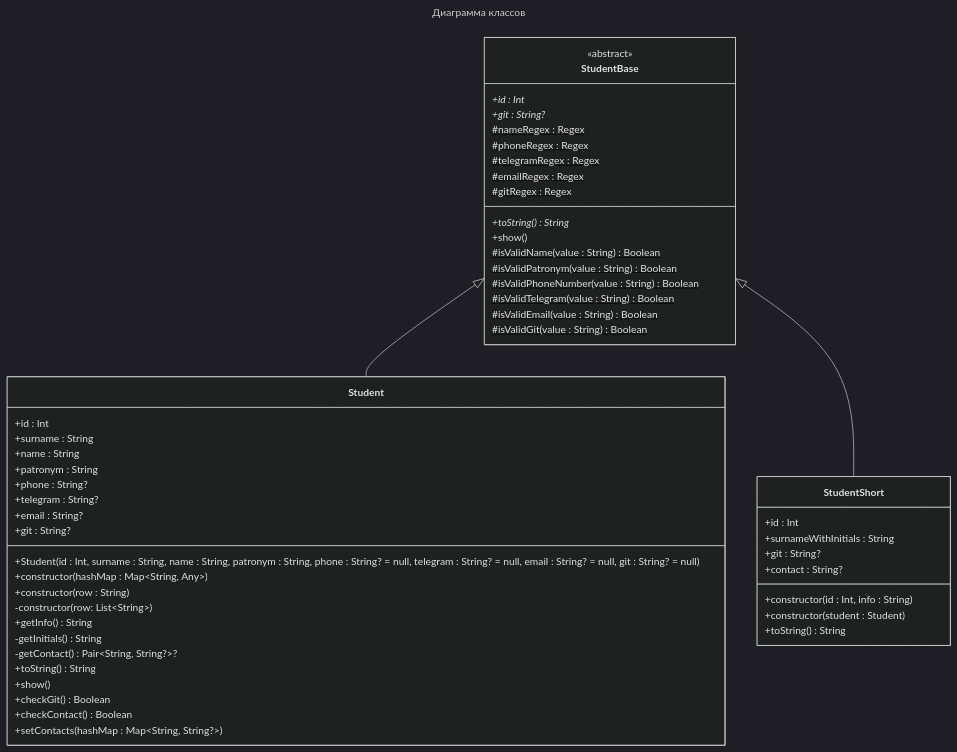
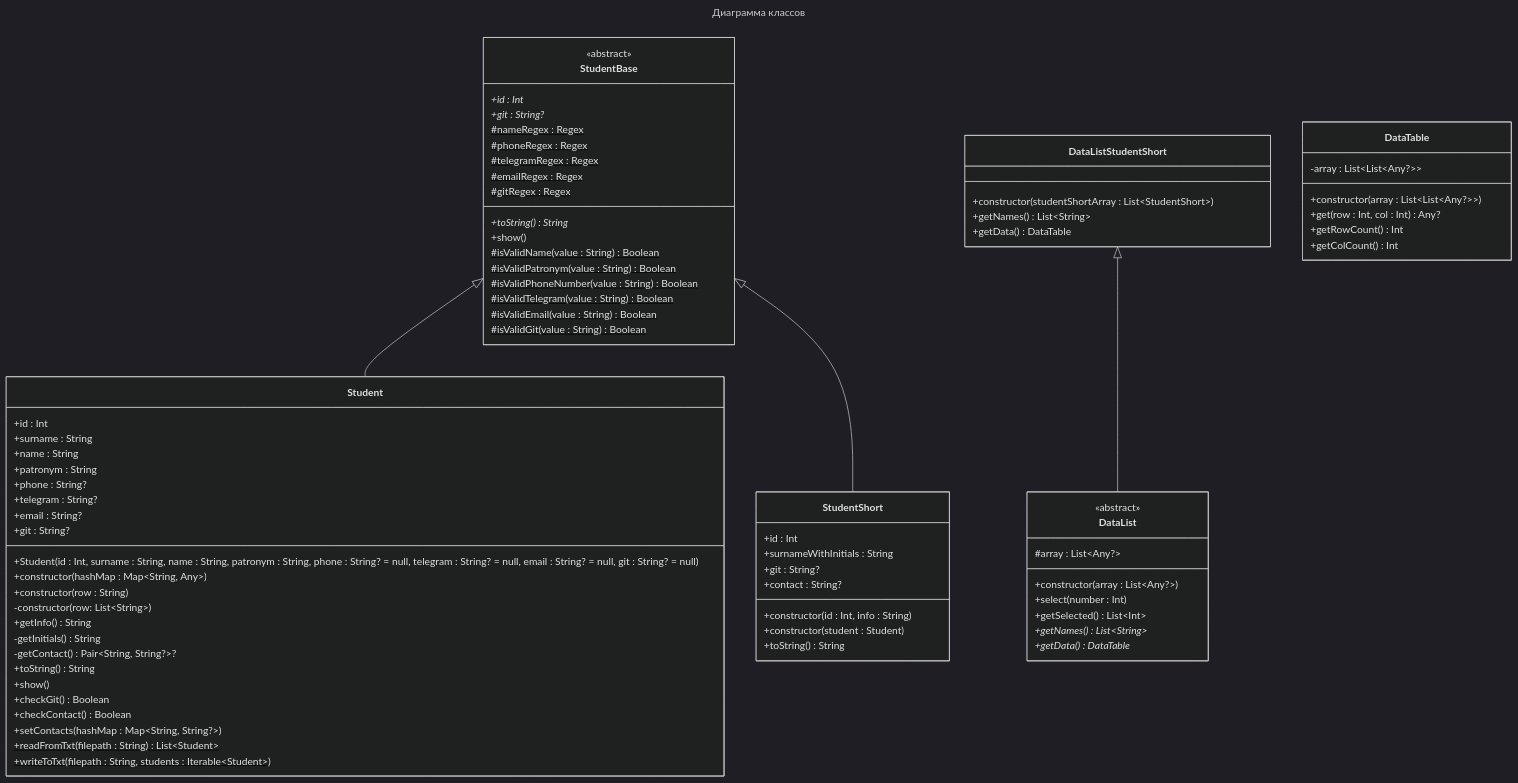
The diagram in README.md (ARTEZON/Patterns), drawn with Mermaid (dark theme) before and after one commit.

Commit message:
[Lab2-Part2-Task9] Отмечены изменения в диаграмме классов

````diff
--- a/README.md
+++ b/README.md
@@ -3,57 +3,81 @@
 ```mermaid
 ---
 title: Диаграмма классов
 ---
 classDiagram
 StudentBase <|-- Student
 StudentBase <|-- StudentShort
+DataListStudentShort <|-- DataList
     class StudentBase{
         <<abstract>>
         +id : Int*
         +git : String?*
         #nameRegex : Regex$
         #phoneRegex : Regex$
         #telegramRegex : Regex$
         #emailRegex : Regex$
         #gitRegex : Regex$
         +toString() String*
         +show()
         #isValidName(value : String) Boolean$
         #isValidPatronym(value : String) Boolean$
         #isValidPhoneNumber(value : String) Boolean$
         #isValidTelegram(value : String) Boolean$
         #isValidEmail(value : String) Boolean$
         #isValidGit(value : String) Boolean$
     }
     class Student{
         +id : Int
         +surname : String
         +name : String
         +patronym : String
         +phone : String?
         +telegram : String?
         +email : String?
         +git : String?
         +Student(id : Int, surname : String, name : String, patronym : String, phone : String? = null, telegram : String? = null, email : String? = null, git : String? = null)
         +constructor(hashMap : Map~String, Any~)
         +constructor(row : String)
         -constructor(row: List~String~)
         +getInfo() String
         -getInitials() String
         -getContact() Pair~String, String?~?
         +toString() String
         +show()
         +checkGit() Boolean
         +checkContact() Boolean
         +setContacts(hashMap : Map~String, String?~)
+        +readFromTxt(filepath : String) List~Student~$
+        +writeToTxt(filepath : String, students : Iterable~Student~)$
     }
     class StudentShort{
         +id : Int
         +surnameWithInitials : String
         +git : String?
         +contact : String?
         +constructor(id : Int, info : String)
         +constructor(student : Student)
         +toString() String
     }
+    class DataTable{
+        -array : List~List~Any?~~
+        +constructor(array : List~List~Any?~~)
+        +get(row : Int, col : Int) Any?
+        +getRowCount() Int
+        +getColCount() Int
+    }
+    class DataList{
+        <<abstract>>
+        #array : List~Any?~
+        +constructor(array : List~Any?~)
+        +select(number : Int)
+        +getSelected() List~Int~
+        +getNames() List~String~*
+        +getData() DataTable*
+    }
+    class DataListStudentShort{
+        +constructor(studentShortArray : List~StudentShort~)
+        +getNames() List~String~
+        +getData() DataTable
+    }
 ```
````
